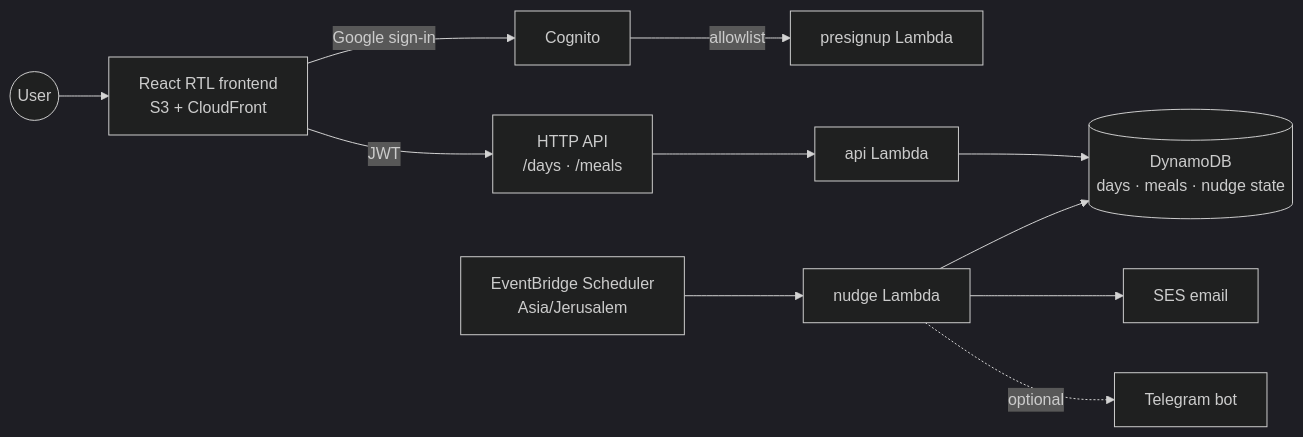
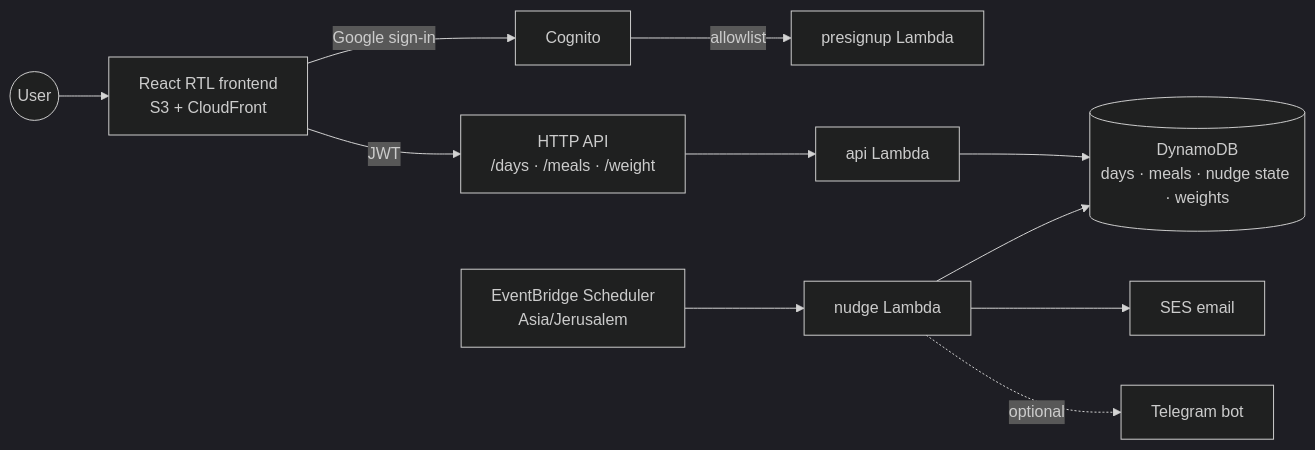
Before and after one commit to erancha/diet-tracker: the diagram in README.md, drawn with Mermaid (dark theme). The commit also changed other lines of this file and 54 other files, not shown here.

````diff
--- a/README.md
+++ b/README.md
@@ -41,13 +46,13 @@
 ```mermaid
 graph LR
     U((User)) --> FE[React RTL frontend<br/>S3 + CloudFront]
     FE -->|Google sign-in| COG[Cognito]
     COG -->|allowlist| PRE[presignup Lambda]
-    FE -->|JWT| API[HTTP API<br/>/days · /meals]
+    FE -->|JWT| API[HTTP API<br/>/days · /meals · /weight]
     API --> APIL[api Lambda]
-    APIL --> DB[(DynamoDB<br/>days · meals · nudge state)]
+    APIL --> DB[(DynamoDB<br/>days · meals · nudge state · weights)]
     SCH[EventBridge Scheduler<br/>Asia/Jerusalem] --> NUDGE[nudge Lambda]
     NUDGE --> DB
     NUDGE --> SES[SES email]
     NUDGE -.optional.-> TG[Telegram bot]
 ```
````
